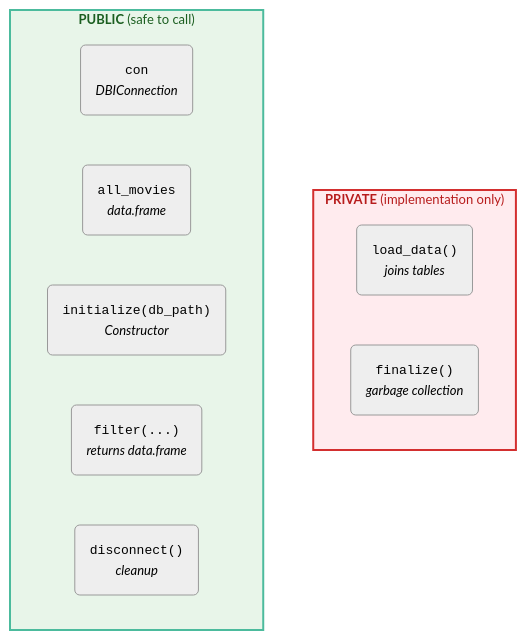
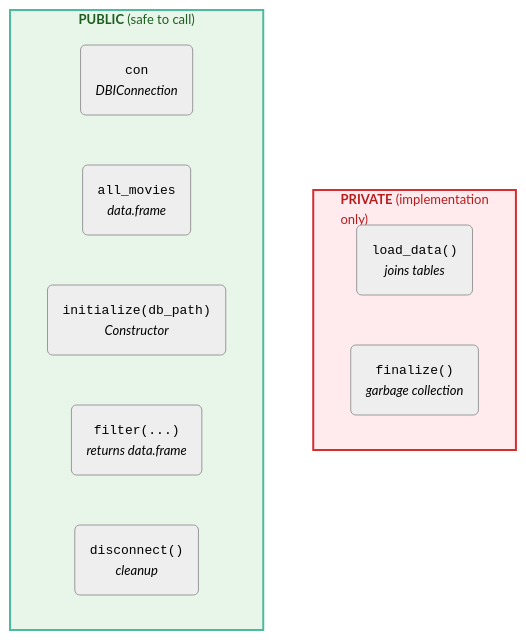
The second of 4 diagrams in r6.qmd (mjfrigaard/shiny-app-pkgs), drawn with Mermaid before and after one commit. The commit also changed 1 other file, not shown here.

Commit message:
updates to shinyelectron

````diff
--- a/r6.qmd
+++ b/r6.qmd
@@ -224,26 +224,26 @@
 ```{mermaid}
 %%| fig-cap: 'MovieData R6 class: public interface vs. private internals'
 %%| fig-align: center
 %%| eval: true
 %%| echo: false
 %%{init: {'theme': 'neutral', 'themeVariables': { 'fontFamily': 'monospace', "fontSize":"13px"}}}%%
 
 flowchart TB
 
-  subgraph Private["<strong>PRIVATE</strong> (implementation only)<br>"]
+  subgraph Private["<strong>PRIVATE</strong> (implementation<br>only)<br>"]
     LoadData("<code>load_data()</code><br><em>joins tables</em>")
     Finalize("<code>finalize()</code><br><em>garbage collection</em>")
   end
   
   subgraph Public["<strong>PUBLIC</strong> (safe to call)"]
     Con("<code>con</code><br><em>DBIConnection</em>")
     AllMovies("<code>all_movies</code><br><em>data.frame</em>")
     Init("<code>initialize(db_path)</code><br><em>Constructor</em>")
     Filter("<code>filter(...)</code><br><em>returns data.frame</em>")
     Disconnect("<code>disconnect()</code><br><em>cleanup</em>")
   end
   
   style Private fill:#FFEBEE,color:#B71C1C,stroke:#D32F2F,stroke-width:2px
   style Public fill:#E8F5E9,color:#1B5E20,stroke:#4CBB9D,stroke-width:2px
 
 ```
````
